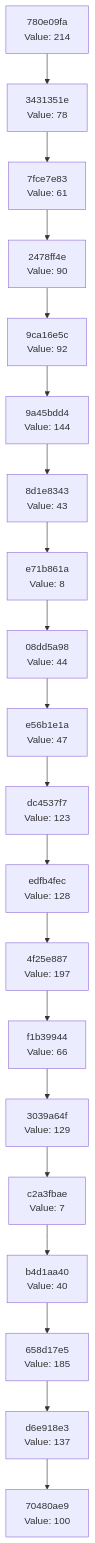
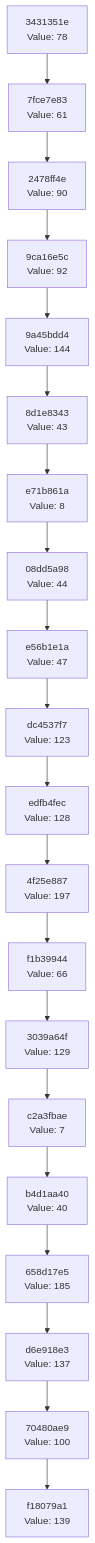
The diagram in docs/CHAIN_VISUALIZATION.md (Abhisheksinha1506/hash-chain-evolver), drawn with Mermaid before and after one commit. The commit also changed 2 other files, not shown here.

Commit message:
Evolution Step

````diff
--- a/docs/CHAIN_VISUALIZATION.md
+++ b/docs/CHAIN_VISUALIZATION.md
@@ -3,42 +3,42 @@
 ```mermaid
 graph TD
-    C0["70480ae9<br/>Value: 100"]
-    C1["d6e918e3<br/>Value: 137"]
+    C0["f18079a1<br/>Value: 139"]
+    C1["70480ae9<br/>Value: 100"]
     C1 --> C0
-    C2["658d17e5<br/>Value: 185"]
+    C2["d6e918e3<br/>Value: 137"]
     C2 --> C1
-    C3["b4d1aa40<br/>Value: 40"]
+    C3["658d17e5<br/>Value: 185"]
     C3 --> C2
-    C4["c2a3fbae<br/>Value: 7"]
+    C4["b4d1aa40<br/>Value: 40"]
     C4 --> C3
-    C5["3039a64f<br/>Value: 129"]
+    C5["c2a3fbae<br/>Value: 7"]
     C5 --> C4
-    C6["f1b39944<br/>Value: 66"]
+    C6["3039a64f<br/>Value: 129"]
     C6 --> C5
-    C7["4f25e887<br/>Value: 197"]
+    C7["f1b39944<br/>Value: 66"]
     C7 --> C6
-    C8["edfb4fec<br/>Value: 128"]
+    C8["4f25e887<br/>Value: 197"]
     C8 --> C7
-    C9["dc4537f7<br/>Value: 123"]
+    C9["edfb4fec<br/>Value: 128"]
     C9 --> C8
-    C10["e56b1e1a<br/>Value: 47"]
+    C10["dc4537f7<br/>Value: 123"]
     C10 --> C9
-    C11["08dd5a98<br/>Value: 44"]
+    C11["e56b1e1a<br/>Value: 47"]
     C11 --> C10
-    C12["e71b861a<br/>Value: 8"]
+    C12["08dd5a98<br/>Value: 44"]
     C12 --> C11
-    C13["8d1e8343<br/>Value: 43"]
+    C13["e71b861a<br/>Value: 8"]
     C13 --> C12
-    C14["9a45bdd4<br/>Value: 144"]
+    C14["8d1e8343<br/>Value: 43"]
     C14 --> C13
-    C15["9ca16e5c<br/>Value: 92"]
+    C15["9a45bdd4<br/>Value: 144"]
     C15 --> C14
-    C16["2478ff4e<br/>Value: 90"]
+    C16["9ca16e5c<br/>Value: 92"]
     C16 --> C15
-    C17["7fce7e83<br/>Value: 61"]
+    C17["2478ff4e<br/>Value: 90"]
     C17 --> C16
-    C18["3431351e<br/>Value: 78"]
+    C18["7fce7e83<br/>Value: 61"]
     C18 --> C17
-    C19["780e09fa<br/>Value: 214"]
+    C19["3431351e<br/>Value: 78"]
     C19 --> C18
 ```
````
